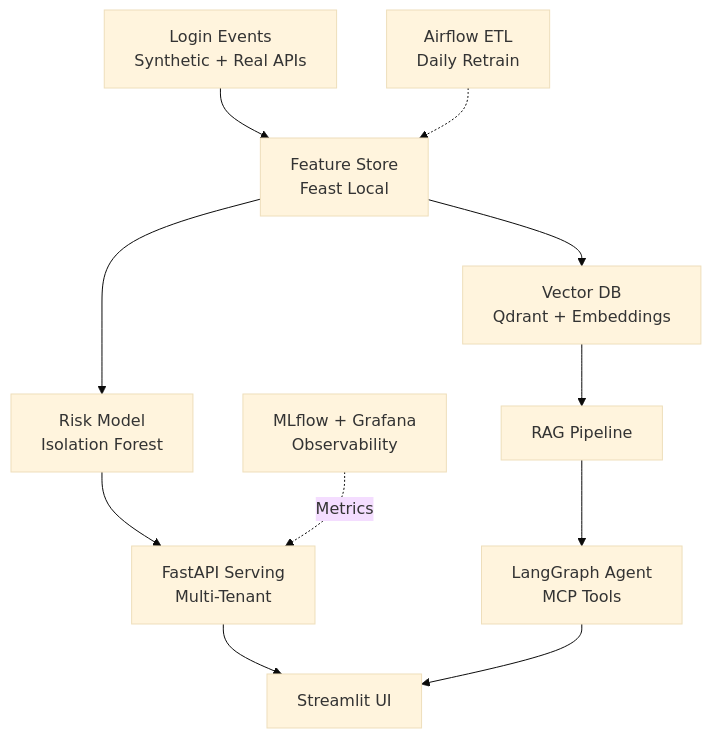
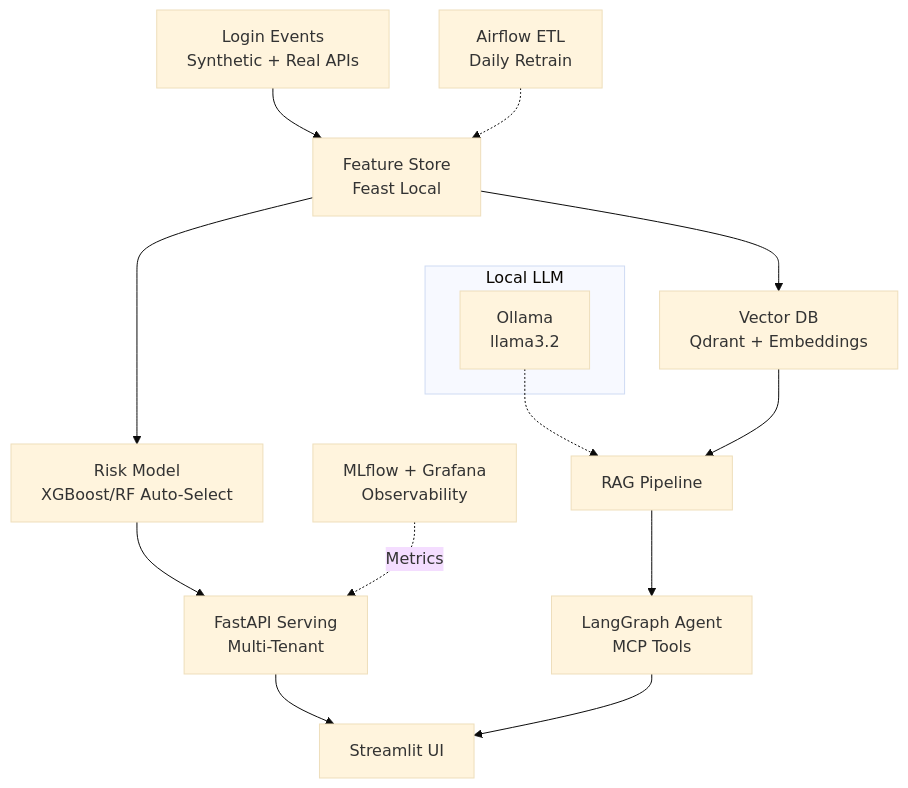
Before and after one commit to vijay-prabhu/identity-risk-agent: the diagram in README.md, drawn with Mermaid (base theme). The commit also changed other lines of this file, not shown here.

Commit message:
Update docs to reflect XGBoost and Ollama implementations
- Update architecture diagram to show XGBoost/RF auto-selection
- Add Ollama subgraph to mermaid diagram
- Update tech stack table to include XGBoost
- Update features table with new technologies

````diff
--- a/README.md
+++ b/README.md
@@ -162,13 +162,17 @@
 ```mermaid
 graph TB
     A[Login Events<br/>Synthetic + Real APIs] --> B[Feature Store<br/>Feast Local]
-    B --> C[Risk Model<br/>Isolation Forest]
+    B --> C[Risk Model<br/>XGBoost/RF Auto-Select]
     B --> D[Vector DB<br/>Qdrant + Embeddings]
     C --> E[FastAPI Serving<br/>Multi-Tenant]
+    subgraph LLM[Local LLM]
+        K[Ollama<br/>llama3.2]
+    end
+    K -.-> F
     D --> F[RAG Pipeline]
     F --> G[LangGraph Agent<br/>MCP Tools]
     E --> H[Streamlit UI]
     G --> H
     I[Airflow ETL<br/>Daily Retrain] -.-> B
     J[MLflow + Grafana<br/>Observability] -.->|Metrics| E
 ```
````
